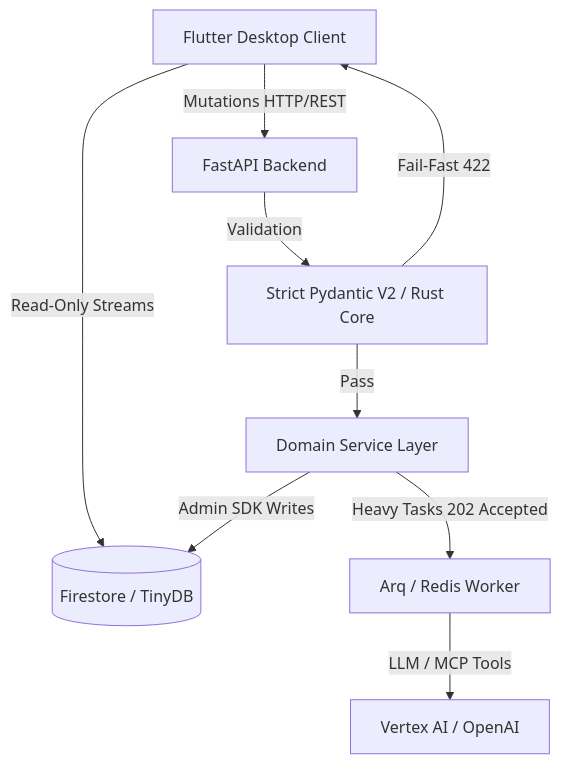
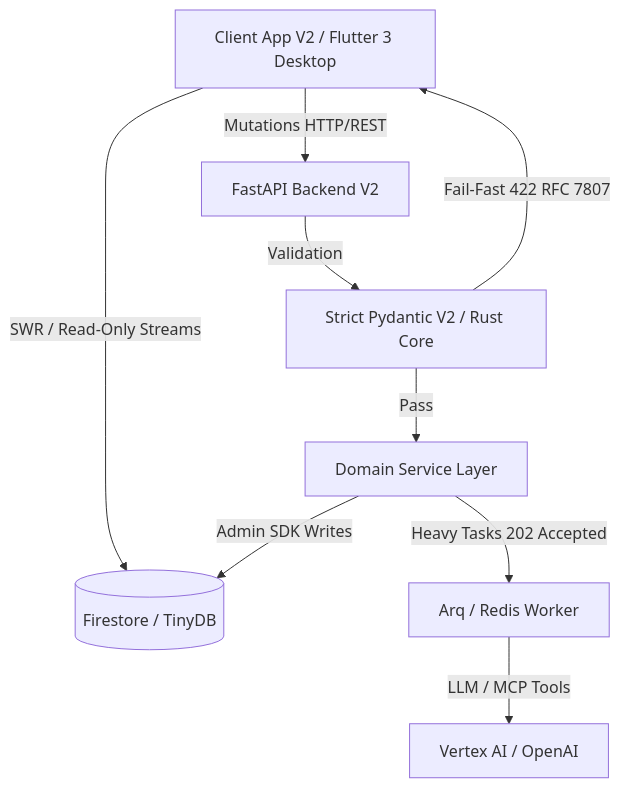
The diagram in docs/architecture/00_executive_summary.md (launis/quorum), drawn with Mermaid before and after one commit. The commit also changed other lines of this file and 9 other files, not shown here.

Commit message:
docs: add comprehensive architecture documentation covering dynamic rendering, persistence, and system design principles

````diff
--- a/docs/architecture/00_executive_summary.md
+++ b/docs/architecture/00_executive_summary.md
@@ -25,11 +25,11 @@
 ```mermaid
 graph TD
-    UI[Flutter Desktop Client] -->|Read-Only Streams| FB[(Firestore / TinyDB)]
-    UI -->|Mutations HTTP/REST| API[FastAPI Backend]
+    UI[Client App V2 / Flutter 3 Desktop] -->|SWR / Read-Only Streams| DB[(Firestore / TinyDB)]
+    UI -->|Mutations HTTP/REST| API[FastAPI Backend V2]
     API -->|Validation| PYD[Strict Pydantic V2 / Rust Core]
+    PYD -->|Fail-Fast 422 RFC 7807| UI
     PYD -->|Pass| SERV[Domain Service Layer]
-    PYD -->|Fail-Fast 422| UI
     SERV -->|Heavy Tasks 202 Accepted| ARQ[Arq / Redis Worker]
-    SERV -->|Admin SDK Writes| FB
+    SERV -->|Admin SDK Writes| DB
     ARQ -->|LLM / MCP Tools| LLM[Vertex AI / OpenAI]
 ```
````
